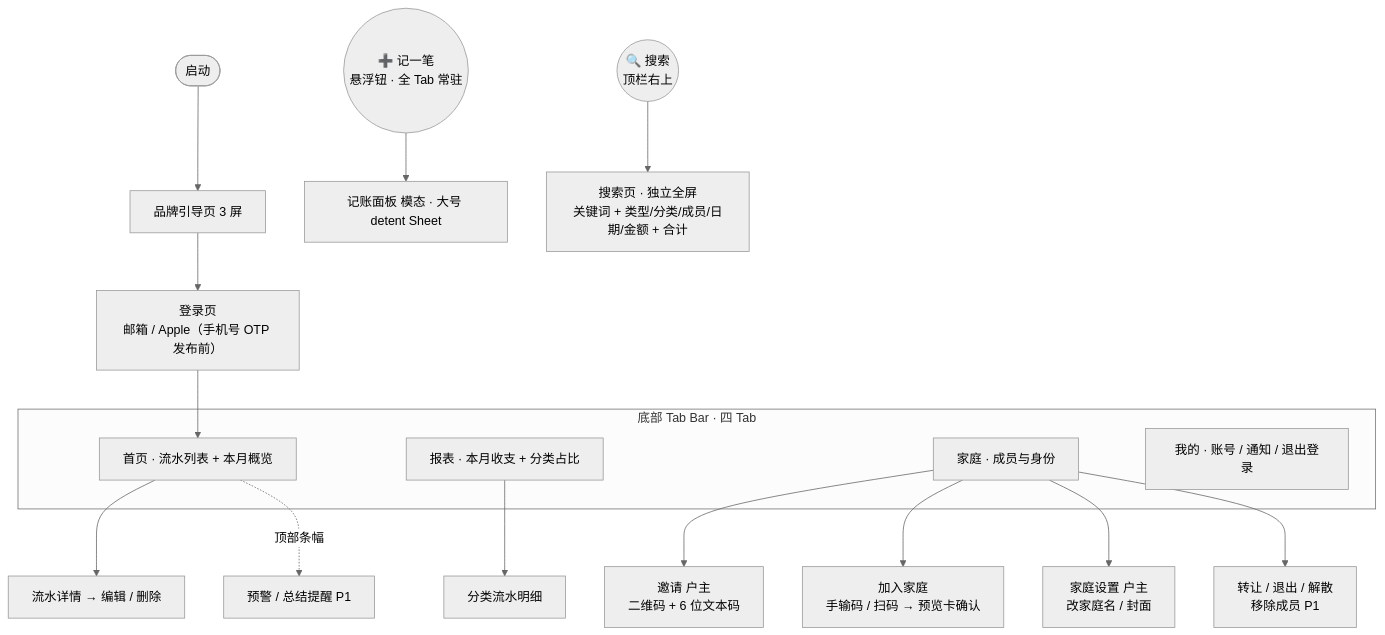
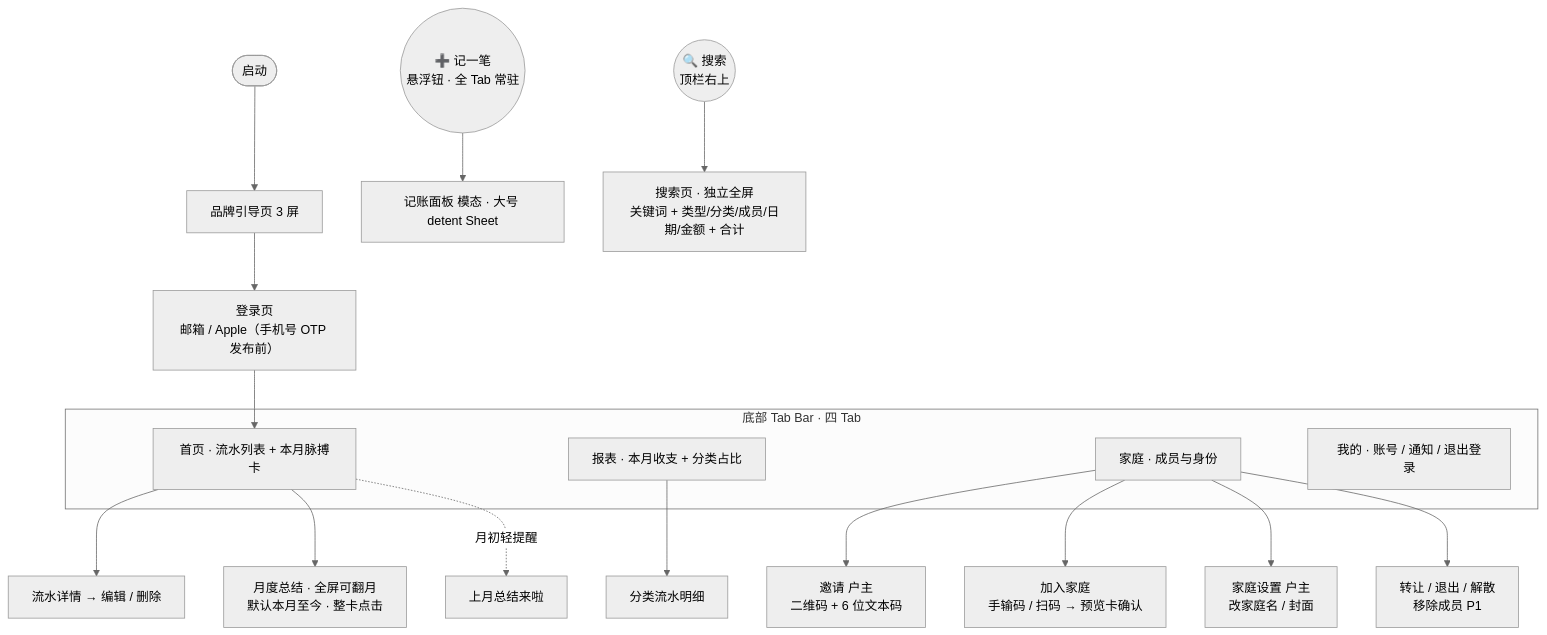
Before and after one commit to raochen0000/HomeBook: the diagram in docs/IA.md, drawn with Mermaid (neutral theme). The commit also changed other lines of this file and 3 other files, not shown here.

````diff
--- a/docs/IA.md
+++ b/docs/IA.md
@@ -49,29 +49,30 @@
 ```mermaid
 flowchart TD
     Start([启动]) --> Guide[品牌引导页 3 屏]
     Guide --> Login[登录页<br/>邮箱 / Apple（手机号 OTP 发布前）]
     Login --> Home
 
     subgraph 主框架[底部 Tab Bar · 四 Tab]
-      Home[首页 · 流水列表 + 本月概览]
+      Home[首页 · 流水列表 + 本月脉搏卡]
       Report[报表 · 本月收支 + 分类占比]
       Family[家庭 · 成员与身份]
       Mine[我的 · 账号 / 通知 / 退出登录]
     end
 
     Add((➕ 记一笔<br/>悬浮钮 · 全 Tab 常驻))
     Search((🔍 搜索<br/>顶栏右上))
 
     Home --> Detail[流水详情 → 编辑 / 删除]
-    Home -.顶部条幅.-> Banner[预警 / 总结提醒 P1]
+    Home --> Summary[月度总结 · 全屏可翻月<br/>默认本月至今 · 整卡点击]
+    Home -.月初轻提醒.-> SummaryRemind[上月总结来啦]
 
     Add --> AddPanel[记账面板 模态 · 大号 detent Sheet]
     Search --> SearchPage[搜索页 · 独立全屏<br/>关键词 + 类型/分类/成员/日期/金额 + 合计]
 
     Report --> CatList[分类流水明细]
 
     Family --> Invite[邀请 户主<br/>二维码 + 6 位文本码]
     Family --> Join[加入家庭<br/>手输码 / 扫码 → 预览卡确认]
     Family --> Settings[家庭设置 户主<br/>改家庭名 / 封面]
     Family --> Manage[转让 / 退出 / 解散<br/>移除成员 P1]
 ```
````
